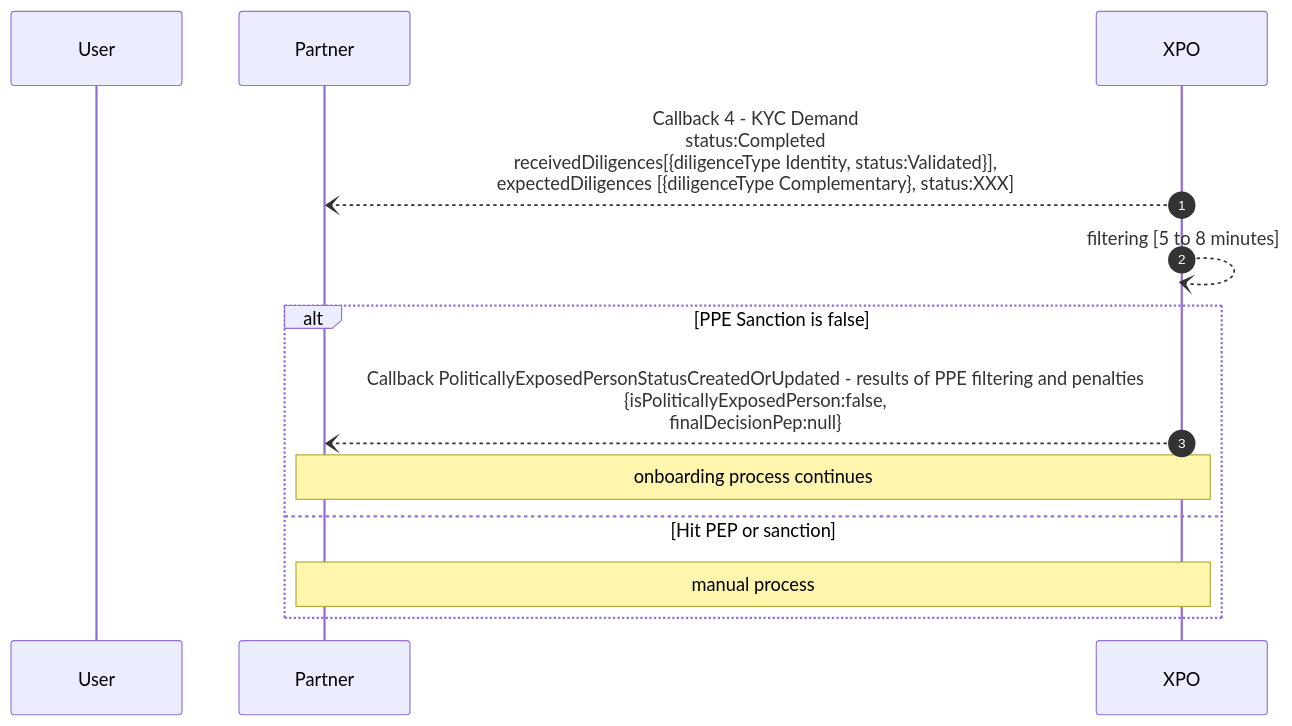
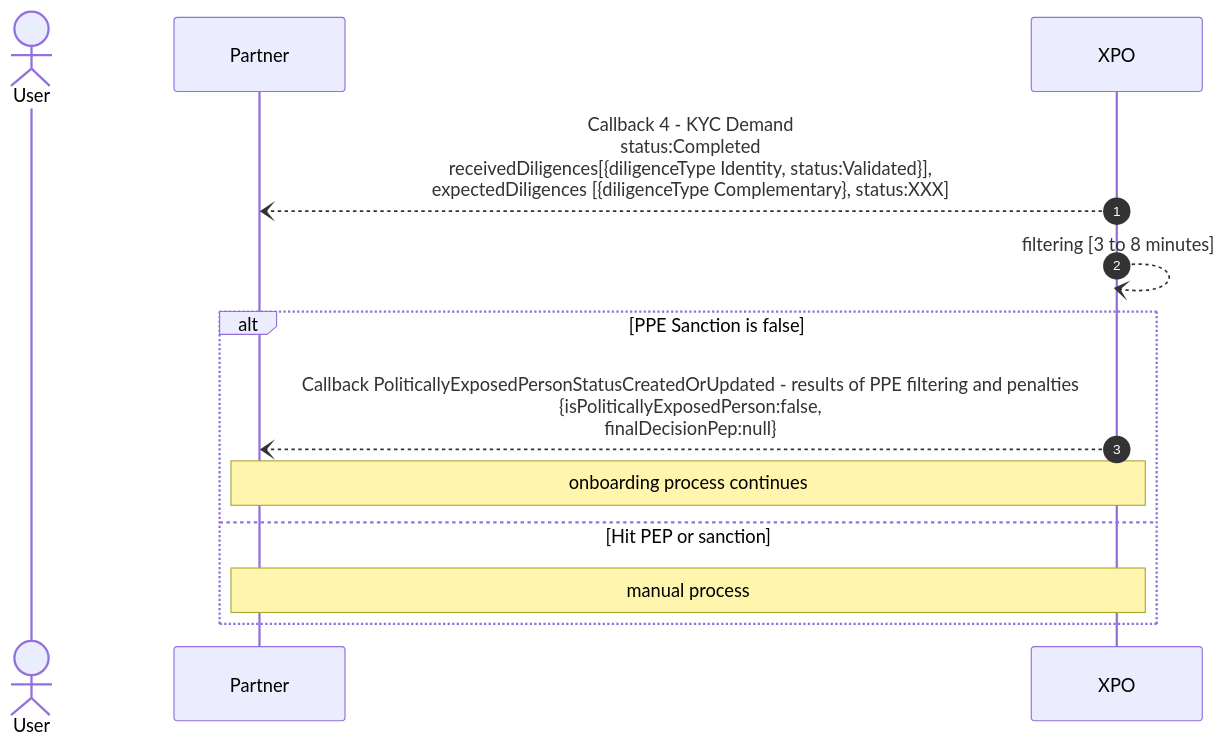
The first of 3 diagrams in docs/usecases/users/onboarding/4_filtering/filtering.md (pomme-clic/s-money-documentation), drawn with Mermaid before and after one commit. The commit also changed other lines of this file, not shown here.

First line of the commit message:
Update User Filtering Use Case

````diff
--- a/docs/usecases/users/onboarding/4_filtering/filtering.md
+++ b/docs/usecases/users/onboarding/4_filtering/filtering.md
@@ -23,18 +24,18 @@
 ```mermaid
 sequenceDiagram
 autoNumber
-Participant User
+Actor User
 Participant Partner
 Participant XPO
 
 XPO --) Partner : Callback 4 - KYC Demand<br/>status:Completed <br/>receivedDiligences[{diligenceType Identity, status:Validated}],<br/>expectedDiligences [{diligenceType Complementary}, status:XXX]
-XPO --) XPO: filtering [5 to 8 minutes]
+XPO --) XPO: filtering [3 to 8 minutes]
 
 alt PPE Sanction is false
     XPO --) Partner : Callback PoliticallyExposedPersonStatusCreatedOrUpdated - results of PPE filtering and penalties <br/> {isPoliticallyExposedPerson:false,<br/> finalDecisionPep:null}
 	note over Partner, XPO: onboarding process continues
 
 else Hit PEP or sanction
 note over Partner, XPO: manual process 
 end
 ```
````
